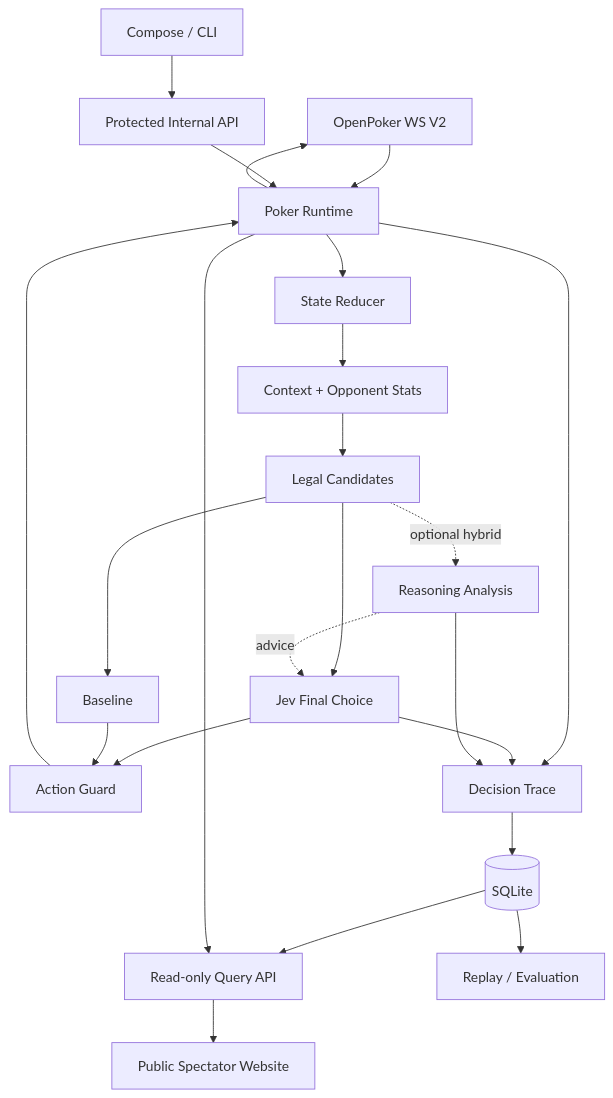
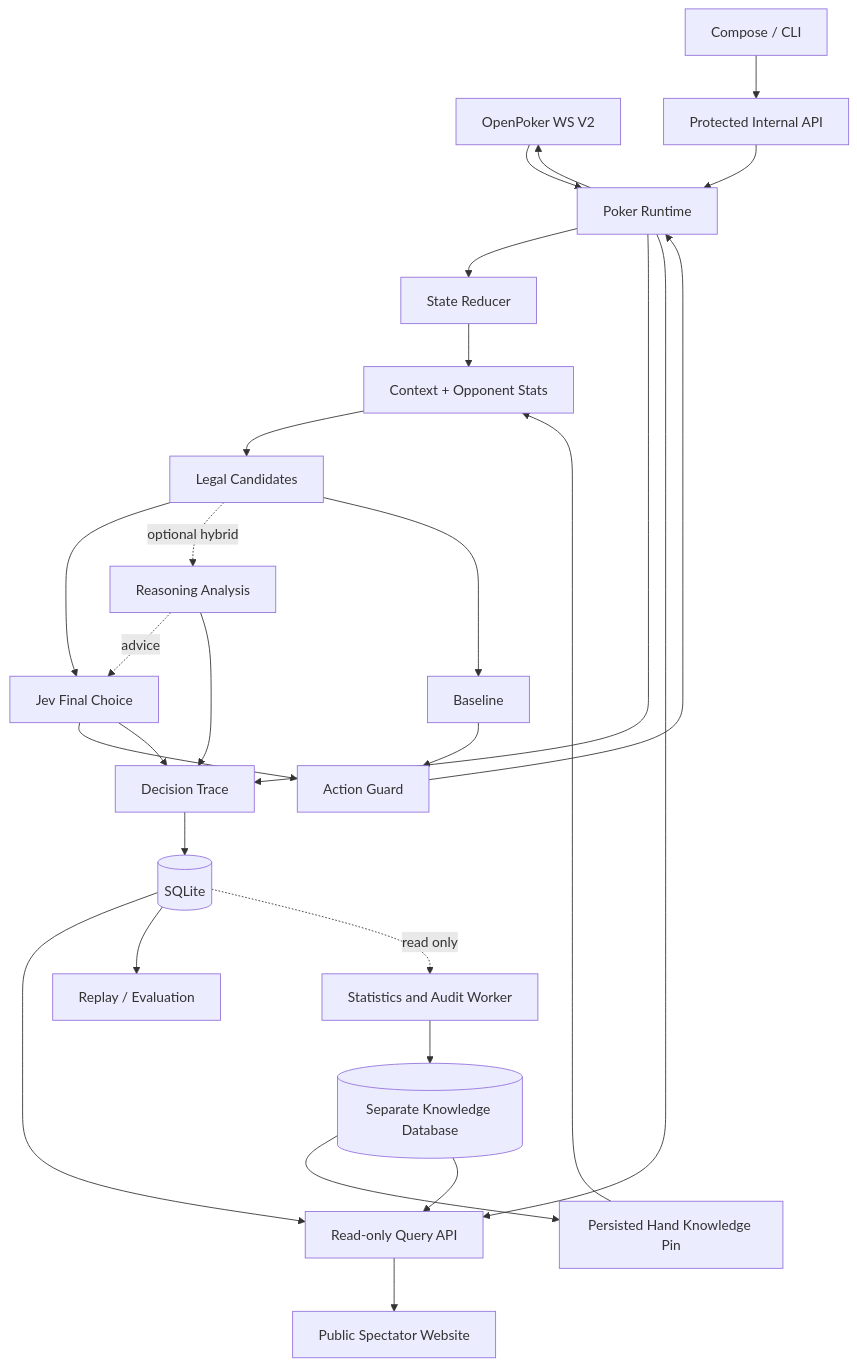
One commit to hewenyu/jev-card-agent changed the diagram in docs/architecture.md. Above: the diagram before and after it, drawn with Mermaid. The commit also changed other lines of this file and 57 other files, not shown here.

````diff
--- a/docs/architecture.md
+++ b/docs/architecture.md
@@ -58,25 +60,30 @@
 ```mermaid
 flowchart TD
     O[OpenPoker WS V2] --> R[Poker Runtime]
     R --> S[State Reducer]
     S --> C[Context + Opponent Stats]
     C --> A[Legal Candidates]
     A --> J[Jev Final Choice]
     A -. optional hybrid .-> M[Reasoning Analysis]
     M -. advice .-> J
     A --> B[Baseline]
     J --> G[Action Guard]
     B --> G
     G --> R
     R --> O
     R --> T[Decision Trace]
     J --> T
     M --> T
     T --> D[(SQLite)]
     D --> API[Read-only Query API]
     R --> API
     API --> UI[Public Spectator Website]
     OPS[Compose / CLI] --> INTERNAL[Protected Internal API]
     INTERNAL --> R
     D --> E[Replay / Evaluation]
+    D -. read only .-> W[Statistics and Audit Worker]
+    W --> K[(Separate Knowledge Database)]
+    K --> P[Persisted Hand Knowledge Pin]
+    P --> C
+    K --> API
 ```
````
